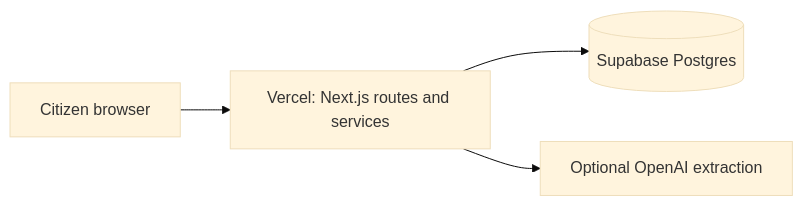
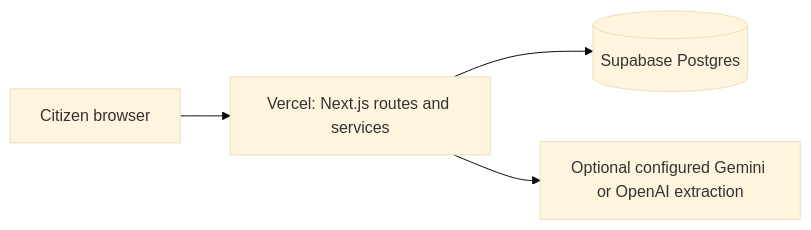
One commit to Haus-Nous/bhoomi-check changed the diagram in docs/DEPLOYMENT.md. Above: the diagram before and after it, drawn with Mermaid (base theme). The commit also changed other lines of this file and 14 other files, not shown here.

Commit message:
Phase 15B: add Gemini and multi-provider extraction

````diff
--- a/docs/DEPLOYMENT.md
+++ b/docs/DEPLOYMENT.md
@@ -5,6 +5,6 @@
 ```mermaid
 flowchart LR
   B[Citizen browser] --> V[Vercel: Next.js routes and services]
   V --> P[(Supabase Postgres)]
-  V --> O[Optional OpenAI extraction]
+  V --> O[Optional configured Gemini or OpenAI extraction]
 ```
````
